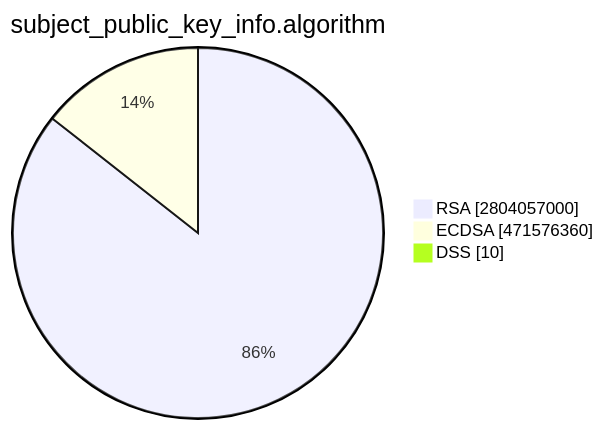
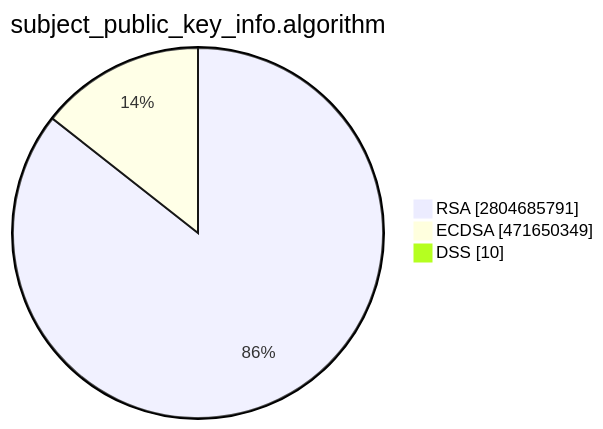
The second of 15 diagrams in TOTAL/README.md (christiankrug/ctmonitor_visualization), drawn with Mermaid before and after one commit. The commit also changed other lines of this file, not shown here.

````diff
--- a/TOTAL/README.md
+++ b/TOTAL/README.md
@@ -6,7 +6,7 @@
 ```mermaid
 pie showData
 title subject_public_key_info.algorithm
-"RSA" :2804057000
-"ECDSA" :471576360
+"RSA" :2804685791
+"ECDSA" :471650349
 "DSS" :10
 ```
````
